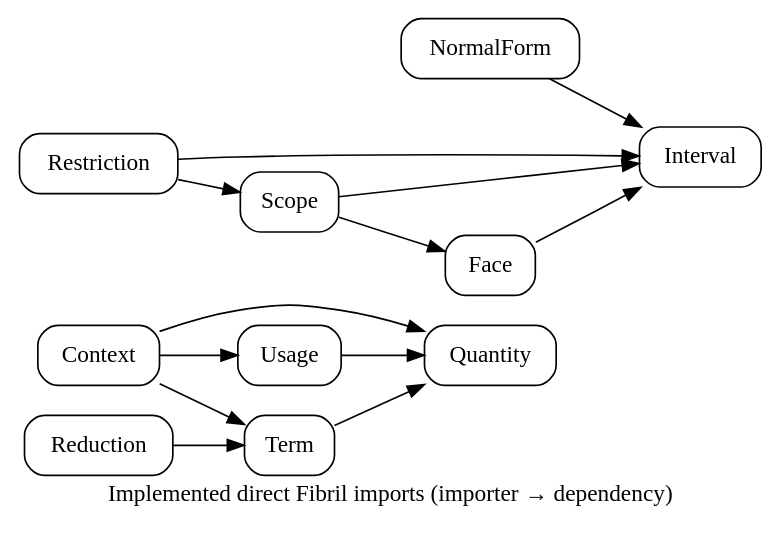
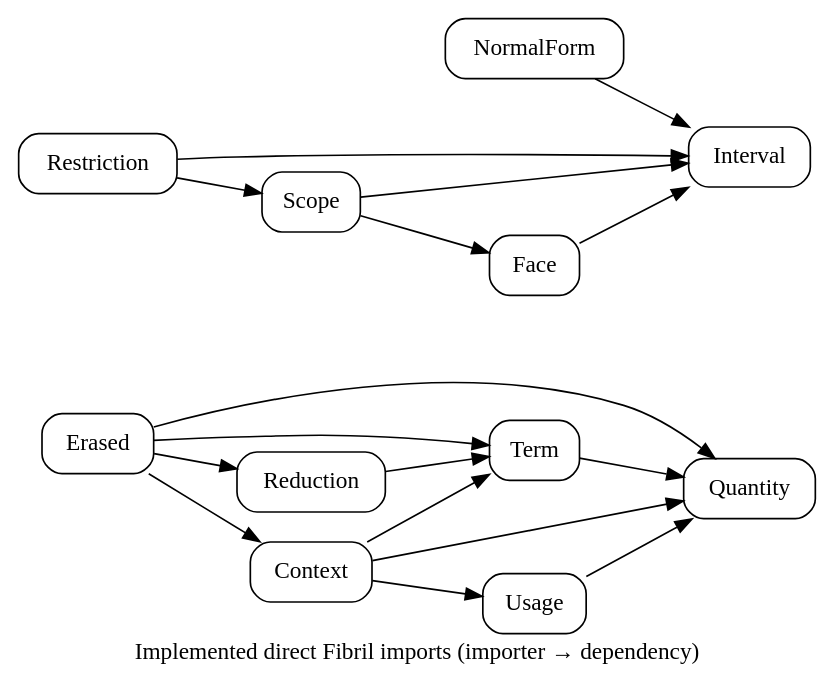
The diagram in docs/diagrams/modules.dot (odunboye/fibril), drawn with Graphviz before and after one commit. The commit also changed 18 other files, not shown here.

```diff
--- a/docs/diagrams/modules.dot
+++ b/docs/diagrams/modules.dot
@@ -1,9 +1,10 @@
 digraph Modules {
 rankdir=LR; node [shape=box,style=rounded];
 Quantity; Interval; NormalForm; Face; Scope; Restriction; Term;
 NormalForm -> Interval; Face -> Interval;
 Scope -> {Interval Face}; Restriction -> {Interval Scope};
 Term -> Quantity; Usage -> Quantity; Context -> {Quantity Term Usage};
 Reduction -> Term;
+Erased -> {Quantity Term Context Reduction};
 label="Implemented direct Fibril imports (importer → dependency)";
 }
```
